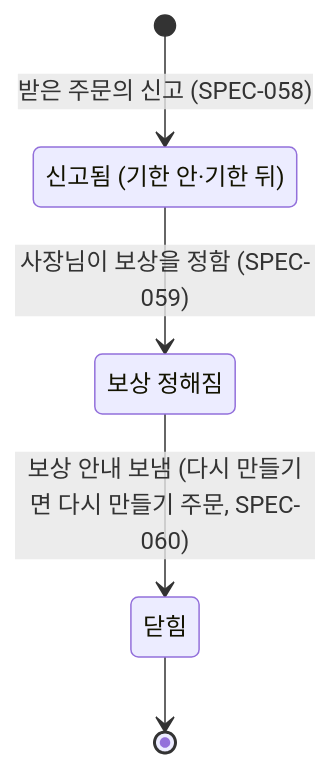
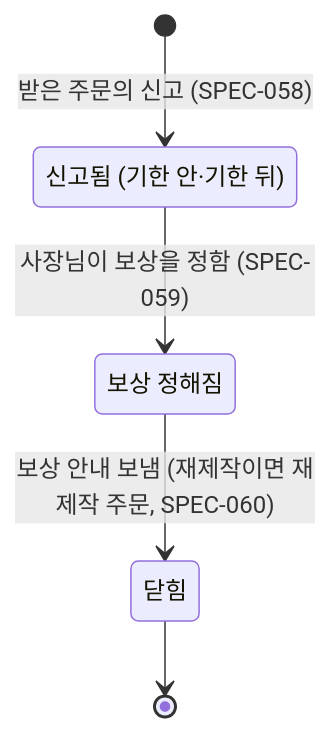
The sixth of 8 diagrams in docs/04-functional-spec/spec.md (kodonghui/siljang.ai), drawn with Mermaid before and after one commit. The commit also changed other lines of this file and 55 other files, not shown here.

````diff
--- a/docs/04-functional-spec/spec.md
+++ b/docs/04-functional-spec/spec.md
@@ -174,10 +174,10 @@
 ```mermaid
 stateDiagram-v2
   state "신고됨 (기한 안·기한 뒤)" as reported
   state "보상 정해짐" as decided
   state "닫힘" as closed
   [*] --> reported: 받은 주문의 신고 (SPEC-058)
   reported --> decided: 사장님이 보상을 정함 (SPEC-059)
-  decided --> closed: 보상 안내 보냄 (다시 만들기면 다시 만들기 주문, SPEC-060)
+  decided --> closed: 보상 안내 보냄 (재제작이면 재제작 주문, SPEC-060)
   closed --> [*]
 ```
````
